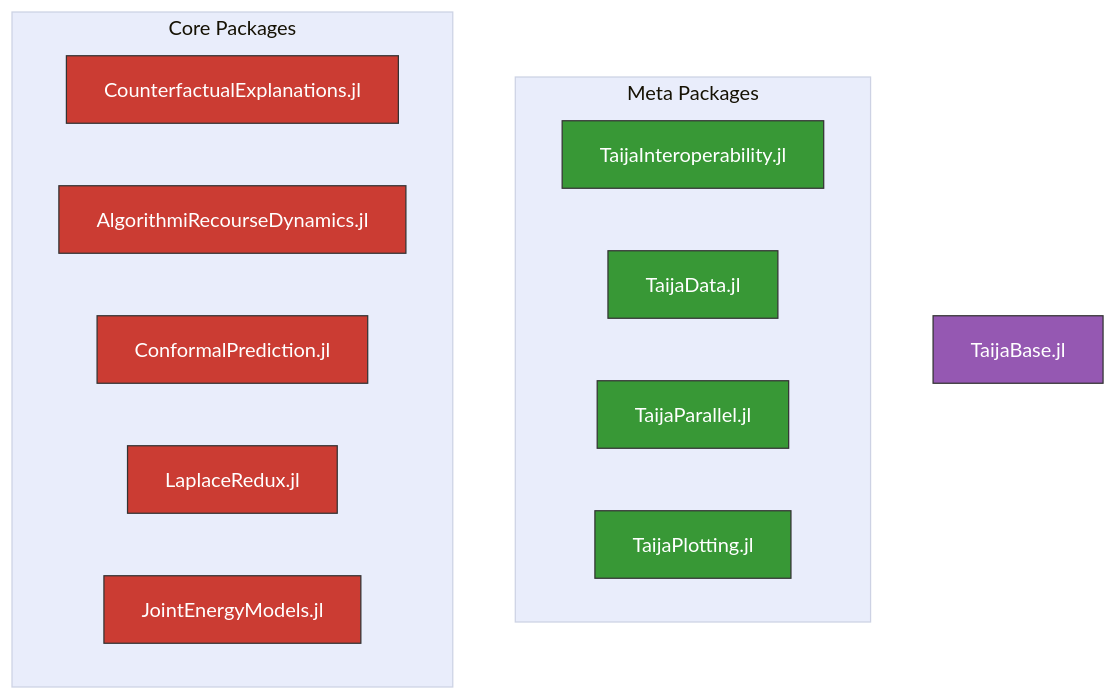
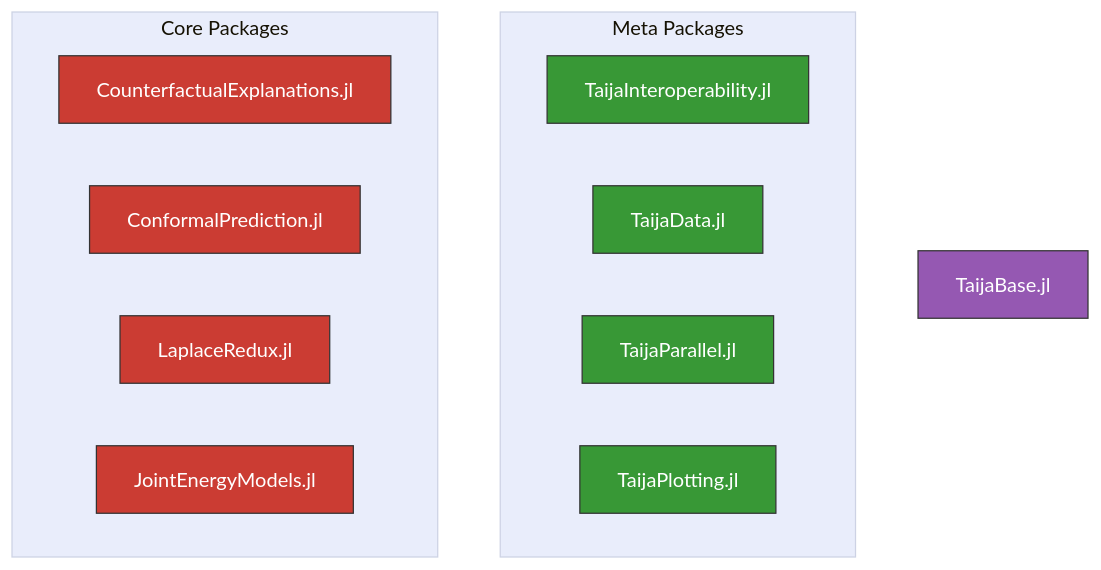
One commit to pat-alt/pat-alt.github.io changed the diagram in content/talks/posts/2024-juliacon/taija-supercomp/presentation.qmd. Above: the diagram before and after it, drawn with Mermaid. The commit also changed other lines of this file and 6 other files, not shown here.

````diff
--- a/content/talks/posts/2024-juliacon/taija-supercomp/presentation.qmd
+++ b/content/talks/posts/2024-juliacon/taija-supercomp/presentation.qmd
@@ -38,55 +38,54 @@
 ```{mermaid}
 %%| echo: false
 %%| label: fig-overview
 %%| fig-cap: "An overview of the Taija ecosystem."
 
 %%{
   init: {
     'theme': 'base',
     'themeVariables': {
       'primaryColor': '#BB2528',
       'primaryTextColor': '#fff',
       'primaryBorderColor': '#7C0000',
       'lineColor': '#F8B229',
       'secondaryColor': '#006100',
       'tertiaryColor': '#e9edfb',
       'fontFamily': "avenir"
     }
   }
 }%%
 
 flowchart TB
 
     classDef taija fill:#389836,stroke:#333,color:#fff;
     classDef core fill:#CB3C33,stroke:#333,color:#fff;
     classDef base fill:#9558B2,stroke:#333,color:#fff;
 
     %% Base
     base["TaijaBase.jl"]
 
     %% Meta
     interop["TaijaInteroperability.jl"]
     data["TaijaData.jl"]
     parallel["TaijaParallel.jl"]
     plotting["TaijaPlotting.jl"]
 
     %% Core
     ce["CounterfactualExplanations.jl"]
-    ar["AlgorithmiRecourseDynamics.jl"]
     cp["ConformalPrediction.jl"]
     lr["LaplaceRedux.jl"]
     jem["JointEnergyModels.jl"]
 
     class base base;
     class interop,data,parallel,plotting taija;
-    class ce,cp,lr,jem,ar core;
+    class ce,cp,lr,jem core;
 
     %% Graph
     subgraph "Meta Packages"
         data & plotting & parallel & interop
     end
 
     subgraph "Core Packages"
-        ce & cp & lr & jem & ar
+        ce & cp & lr & jem 
     end
 ```
````
